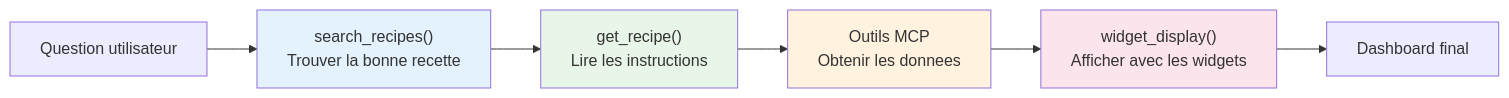
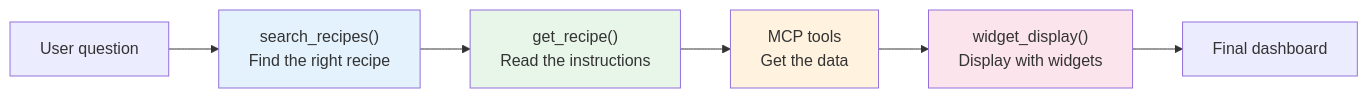
The fourth of 4 diagrams in docs/starlight/src/content/docs/concepts/recipes.md (jeanbaptiste/webmcp-auto-ui), drawn with Mermaid before and after one commit. The commit also changed other lines of this file and 94 other files, not shown here.

````diff
--- a/docs/starlight/src/content/docs/concepts/recipes.md
+++ b/docs/starlight/src/content/docs/concepts/recipes.md
@@ -367,13 +367,13 @@
 ```mermaid
 graph LR
-    Q["Question utilisateur"] --> S["search_recipes()<br/>Trouver la bonne recette"]
-    S --> G["get_recipe()<br/>Lire les instructions"]
-    G --> E["Outils MCP<br/>Obtenir les donnees"]
-    E --> W["widget_display()<br/>Afficher avec les widgets"]
-    W --> D["Dashboard final"]
+    Q["User question"] --> S["search_recipes()<br/>Find the right recipe"]
+    S --> G["get_recipe()<br/>Read the instructions"]
+    G --> E["MCP tools<br/>Get the data"]
+    E --> W["widget_display()<br/>Display with widgets"]
+    W --> D["Final dashboard"]
 
     style S fill:#e3f2fd
     style G fill:#e8f5e9
     style E fill:#fff3e0
     style W fill:#fce4ec
 ```
````
